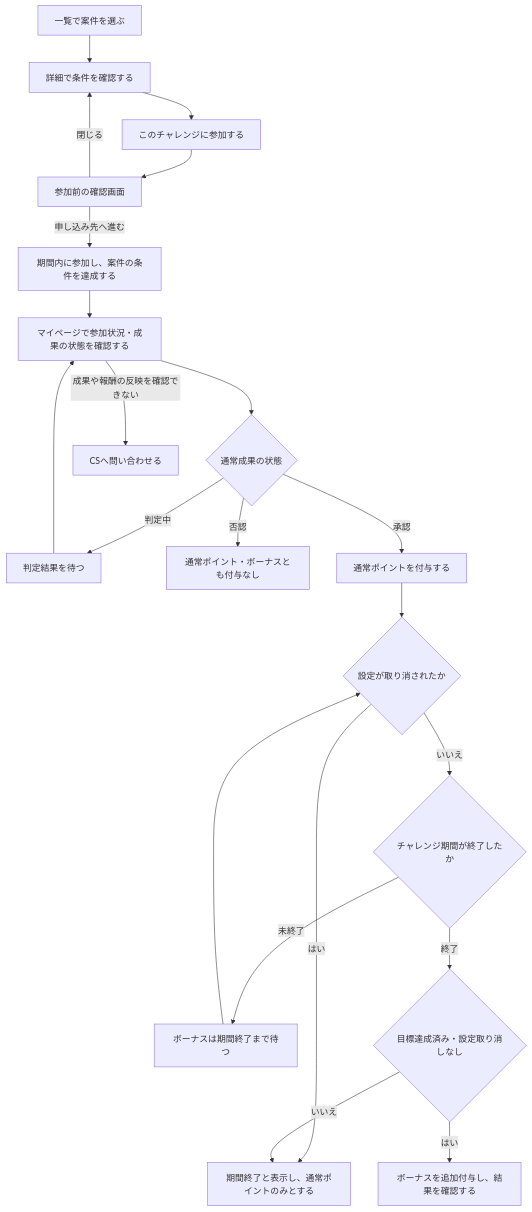
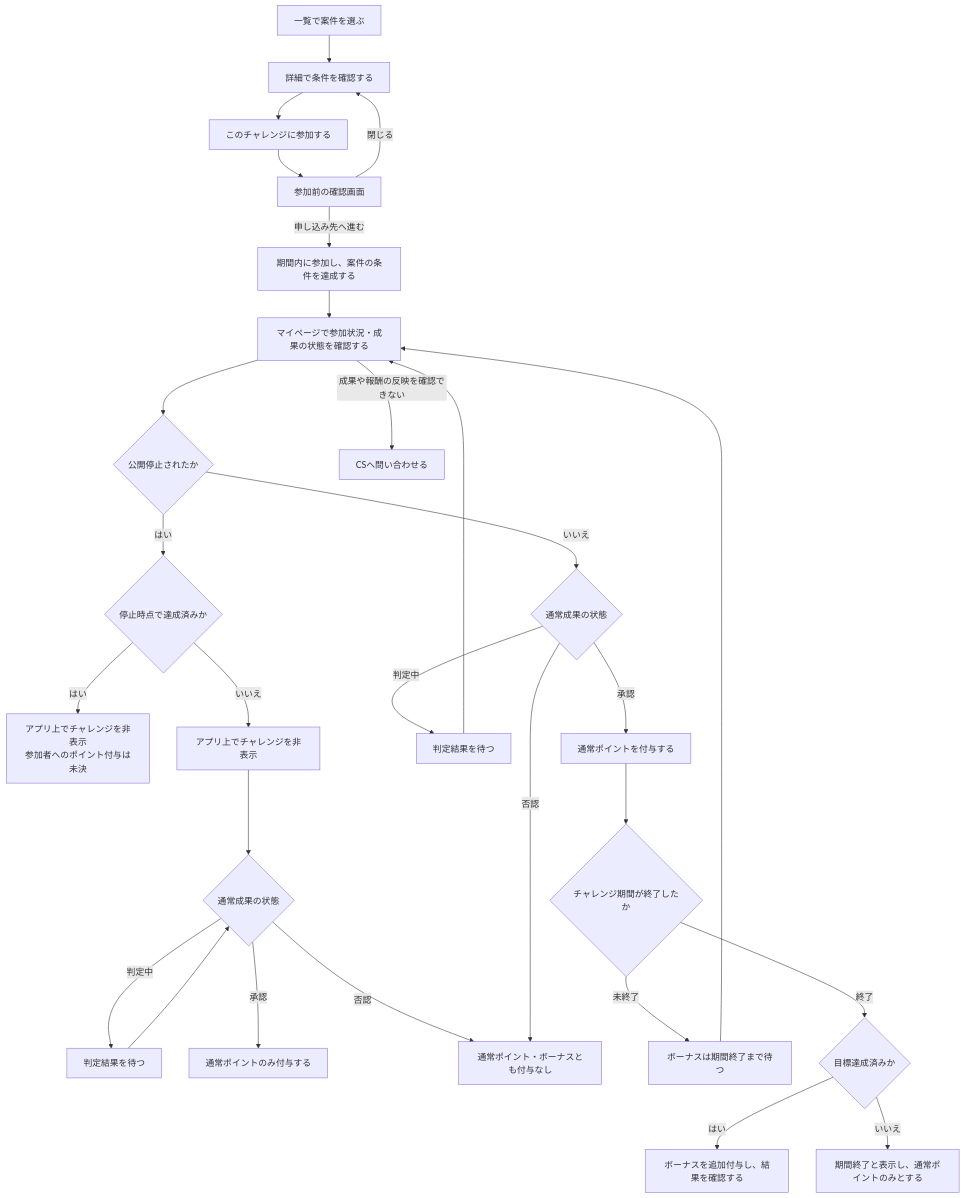
Before and after one commit to Min-Thu-Khant/pochipo-mock-en: the diagram in docs/prd/features/F06-challenge-bonus.md, drawn with Mermaid. The commit also changed other lines of this file, not shown here.

````diff
--- a/docs/prd/features/F06-challenge-bonus.md
+++ b/docs/prd/features/F06-challenge-bonus.md
@@ -52,23 +53,30 @@
 ```mermaid
 flowchart TD
   A["一覧で案件を選ぶ"] --> B["詳細で条件を確認する"]
   B --> C["このチャレンジに参加する"]
   C --> D["参加前の確認画面"]
   D -->|閉じる| B
   D -->|申し込み先へ進む| E["期間内に参加し、案件の条件を達成する"]
   E --> F["マイページで参加状況・成果の状態を確認する"]
-  F --> G{"通常成果の状態"}
+  F --> Q{"公開停止されたか"}
+  Q -->|はい| R{"停止時点で達成済みか"}
+  R -->|はい| S["アプリ上でチャレンジを非表示<br/>参加者へのポイント付与は未決"]
+  R -->|いいえ| T["アプリ上でチャレンジを非表示"]
+  T --> U{"通常成果の状態"}
+  U -->|判定中| V["判定結果を待つ"]
+  V --> U
+  U -->|承認| W["通常ポイントのみ付与する"]
+  U -->|否認| I["通常ポイント・ボーナスとも付与なし"]
+  Q -->|いいえ| G{"通常成果の状態"}
   G -->|判定中| H["判定結果を待つ"]
   H --> F
-  G -->|否認| I["通常ポイント・ボーナスとも付与なし"]
+  G -->|否認| I
   G -->|承認| J["通常ポイントを付与する"]
-  J --> Q{"設定が取り消されたか"}
-  Q -->|はい| O["期間終了と表示し、通常ポイントのみとする"]
-  Q -->|いいえ| K{"チャレンジ期間が終了したか"}
+  J --> K{"チャレンジ期間が終了したか"}
   K -->|未終了| L["ボーナスは期間終了まで待つ"]
-  L --> Q
-  K -->|終了| M{"目標達成済み・設定取り消しなし"}
+  L --> F
+  K -->|終了| M{"目標達成済みか"}
   M -->|はい| N["ボーナスを追加付与し、結果を確認する"]
-  M -->|いいえ| O
+  M -->|いいえ| O["期間終了と表示し、通常ポイントのみとする"]
   F -->|成果や報酬の反映を確認できない| P["CSへ問い合わせる"]
 ```
````
